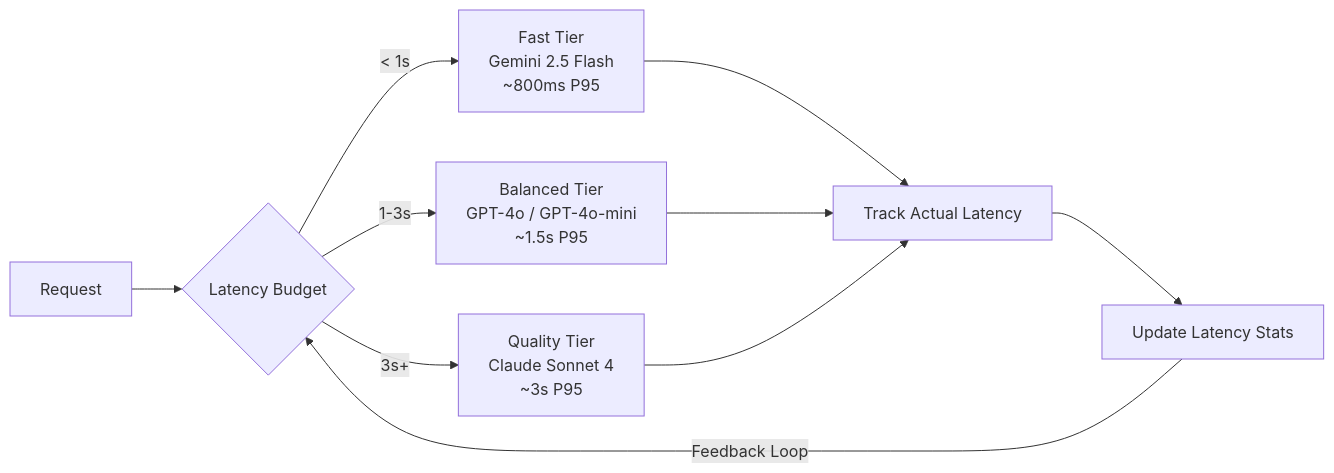
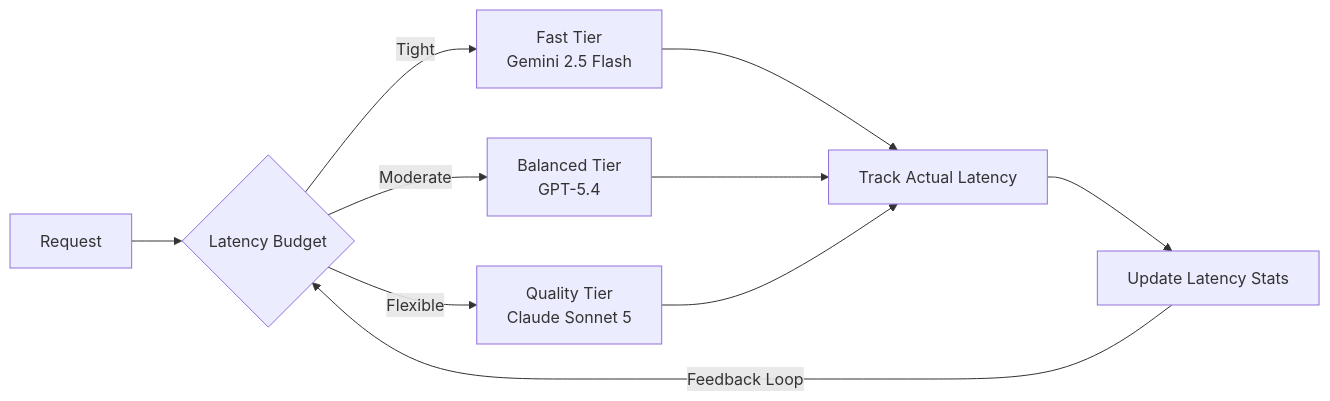
Before and after one commit to juspay/neurolink-blog: the second of 3 diagrams in _posts/2026-03-21-dynamic-model-selection-runtime.md, drawn with Mermaid. The commit also changed other lines of this file and 172 other files, not shown here.

````diff
--- a/_posts/2026-03-21-dynamic-model-selection-runtime.md
+++ b/_posts/2026-03-21-dynamic-model-selection-runtime.md
@@ -264,18 +255,12 @@
 ```mermaid
 flowchart LR
     A[Request] --> B{Latency Budget}
-    B -->|< 1s| C["Fast Tier
-    Gemini 2.5 Flash
-    ~800ms P95"]
-    B -->|1-3s| D["Balanced Tier
-    GPT-4o / GPT-4o-mini
-    ~1.5s P95"]
-    B -->|3s+| E["Quality Tier
-    Claude Sonnet 4
-    ~3s P95"]
+    B -->|Tight| C["Fast Tier<br/>Gemini 2.5 Flash"]
+    B -->|Moderate| D["Balanced Tier<br/>GPT-5.4"]
+    B -->|Flexible| E["Quality Tier<br/>Claude Sonnet 5"]
     C --> F[Track Actual Latency]
     D --> F
     E --> F
     F --> G[Update Latency Stats]
     G -->|Feedback Loop| B
 ```
````
